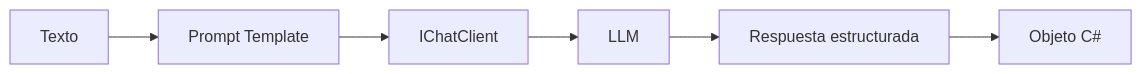
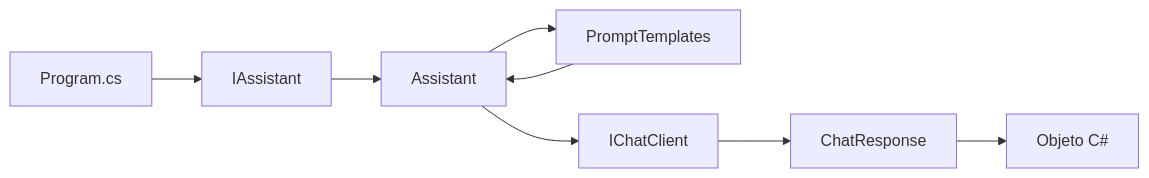
The diagram in labs/lab-05-structured-output/README.md (danielcalvindeveloper/dac-learning-ai-dotnet), drawn with Mermaid before and after one commit. The commit also changed other lines of this file and 7 other files, not shown here.

````diff
--- a/labs/lab-05-structured-output/README.md
+++ b/labs/lab-05-structured-output/README.md
@@ -144,8 +362,10 @@
 ```mermaid
 flowchart LR
-    T[Texto] --> P[Prompt Template]
-    P --> C[IChatClient]
-    C --> L[LLM]
-    L --> J[Respuesta estructurada]
-    J --> O[Objeto C#]
+    P[Program.cs] --> S[IAssistant]
+    S --> A[Assistant]
+    A --> T[PromptTemplates]
+    T --> A
+    A --> C[IChatClient]
+    C --> R["ChatResponse<T>"]
+    R --> O[Objeto C#]
 ```
````
